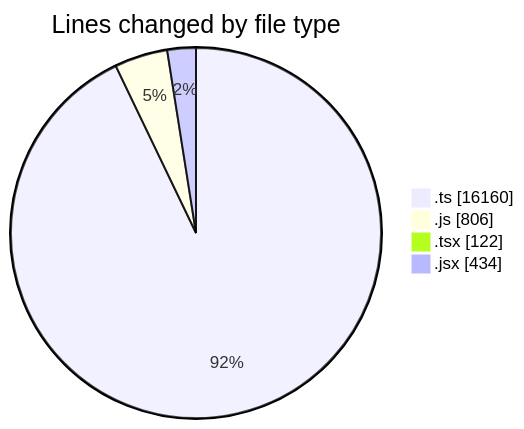
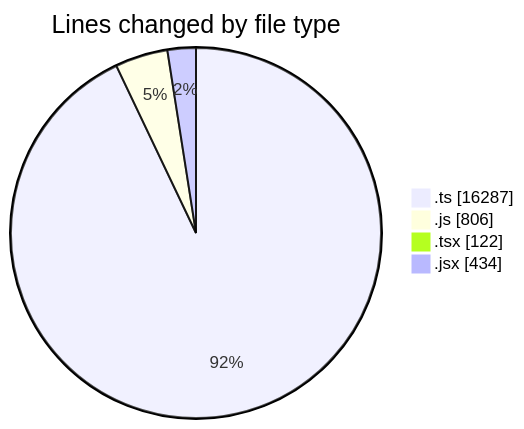
The first of 2 diagrams in 2025-11-12/cda/README.md (momahboobian/code-tracking), drawn with Mermaid before and after one commit. The commit also changed other lines of this file and 1 other file, not shown here.

````diff
--- a/2025-11-12/cda/README.md
+++ b/2025-11-12/cda/README.md
@@ -32,8 +33,8 @@
 ```mermaid
 pie showData
 title Lines changed by file type
-".ts" : 16160
+".ts" : 16287
 ".js" : 806
 ".tsx" : 122
 ".jsx" : 434
 ```
````
